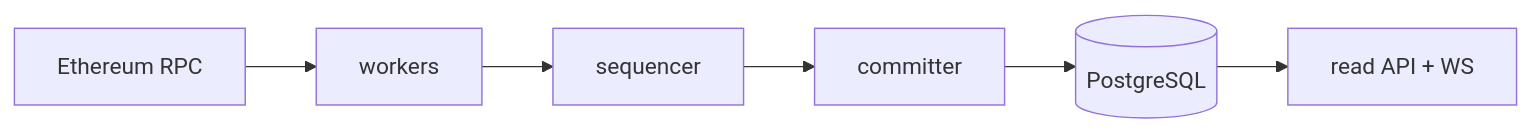
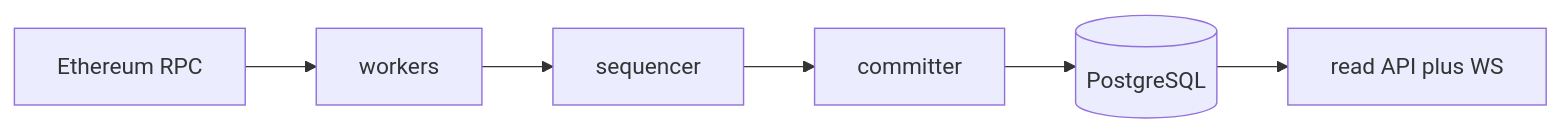
Before and after one commit to VarunGore36/VarunGore36: the third of 7 diagrams in README.md, drawn with Mermaid. The commit also changed other lines of this file, not shown here.

Commit message:
Fix mermaid render, icon-only stack groups

````diff
--- a/README.md
+++ b/README.md
@@ -73,8 +69,8 @@
 ```mermaid
 flowchart LR
-    RPC[Ethereum RPC] --> W[workers]
-    W --> S[sequencer]
-    S --> C[committer]
-    C --> PG[(PostgreSQL)]
-    PG --> API[read API + WS]
+    rpc["Ethereum RPC"] --> w["workers"]
+    w --> sq["sequencer"]
+    sq --> cm["committer"]
+    cm --> pg[("PostgreSQL")]
+    pg --> api["read API plus WS"]
 ```
````
